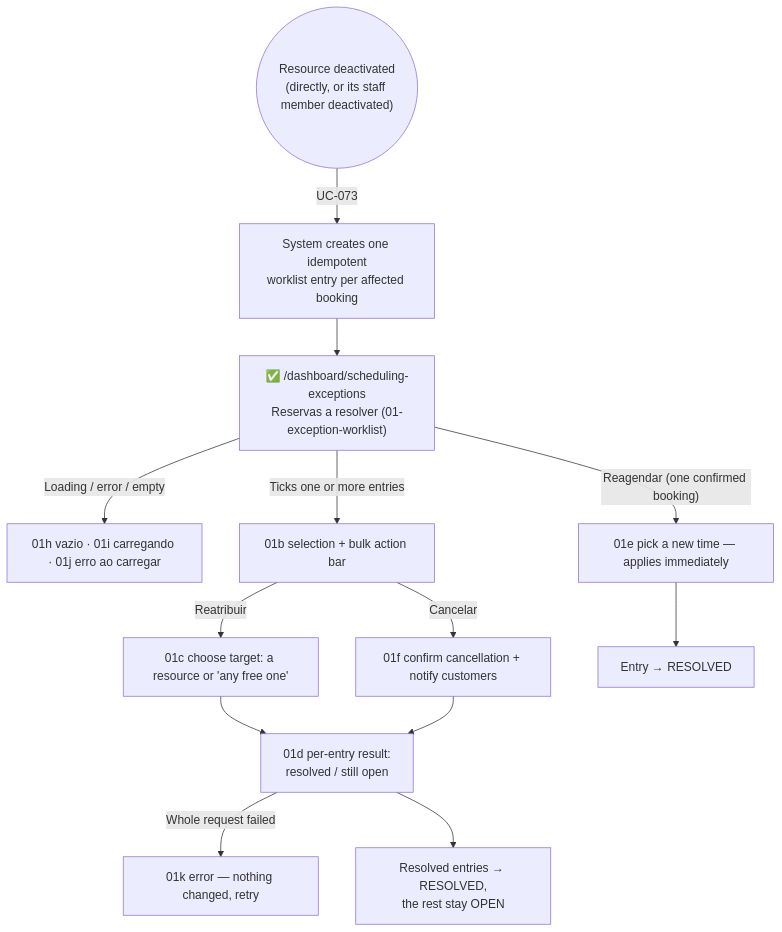
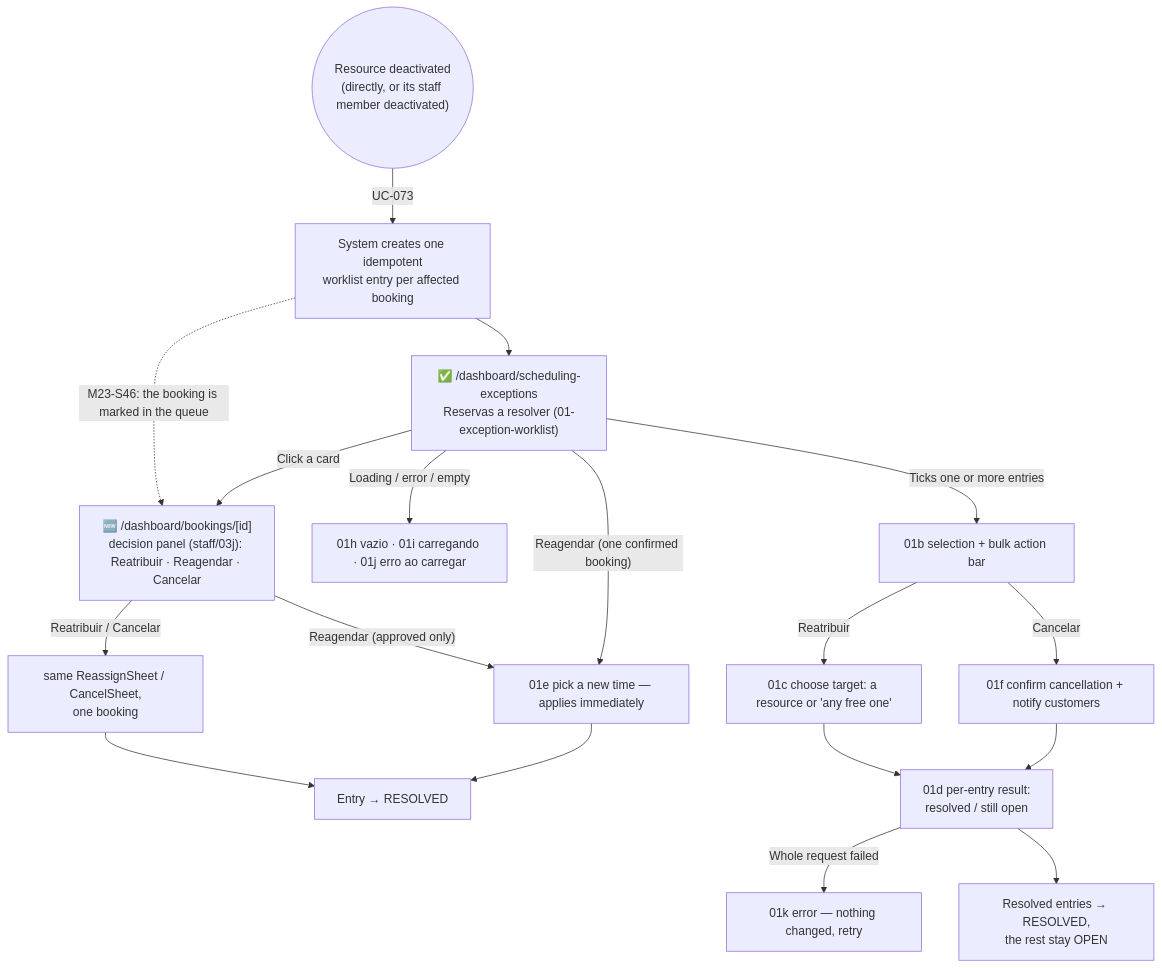
Before and after one commit to lmmoreira/ikaro: the diagram in plan/journey/manager/scheduling-exceptions.md, drawn with Mermaid. The commit also changed other lines of this file and 3 other files, not shown here.

First line of the commit message:
docs(journey): show the decision-panel entry point in the agenda and worklist flows and UC-077 (M23-S46)

````diff
--- a/plan/journey/manager/scheduling-exceptions.md
+++ b/plan/journey/manager/scheduling-exceptions.md
@@ -20,20 +20,25 @@
 ```mermaid
 flowchart TD
     classDef gap stroke:#f00,stroke-dasharray: 5 5,fill:#fee
 
     Trigger(("Resource deactivated<br/>(directly, or its staff member deactivated)")) -->|"UC-073"| Raise["System creates one idempotent<br/>worklist entry per affected booking"]
     Raise --> List["✅ /dashboard/scheduling-exceptions<br/>Reservas a resolver (01-exception-worklist)"]
+    Raise -.->|"M23-S46: the booking is marked in the queue"| Detail["🆕 /dashboard/bookings/[id]<br/>decision panel (staff/03j): Reatribuir · Reagendar · Cancelar"]
+    List -->|"Click a card"| Detail
+    Detail -->|"Reatribuir / Cancelar"| Sheets["same ReassignSheet / CancelSheet,<br/>one booking"]
+    Detail -->|"Reagendar (approved only)"| Reschedule
+    Sheets --> Resolved
 
     List -->|"Loading / error / empty"| States["01h vazio · 01i carregando · 01j erro ao carregar"]
     List -->|"Ticks one or more entries"| Bulk["01b selection + bulk action bar"]
     List -->|"Reagendar (one confirmed booking)"| Reschedule["01e pick a new time — applies immediately"]
 
     Bulk -->|"Reatribuir"| Reassign["01c choose target: a resource or 'any free one'"]
     Bulk -->|"Cancelar"| Cancel["01f confirm cancellation + notify customers"]
 
     Reassign --> Result["01d per-entry result:<br/>resolved / still open"]
     Cancel --> Result
     Reschedule --> Resolved["Entry → RESOLVED"]
     Result -->|"Whole request failed"| SubmitError["01k error — nothing changed, retry"]
     Result --> Done["Resolved entries → RESOLVED,<br/>the rest stay OPEN"]
 ```
````
